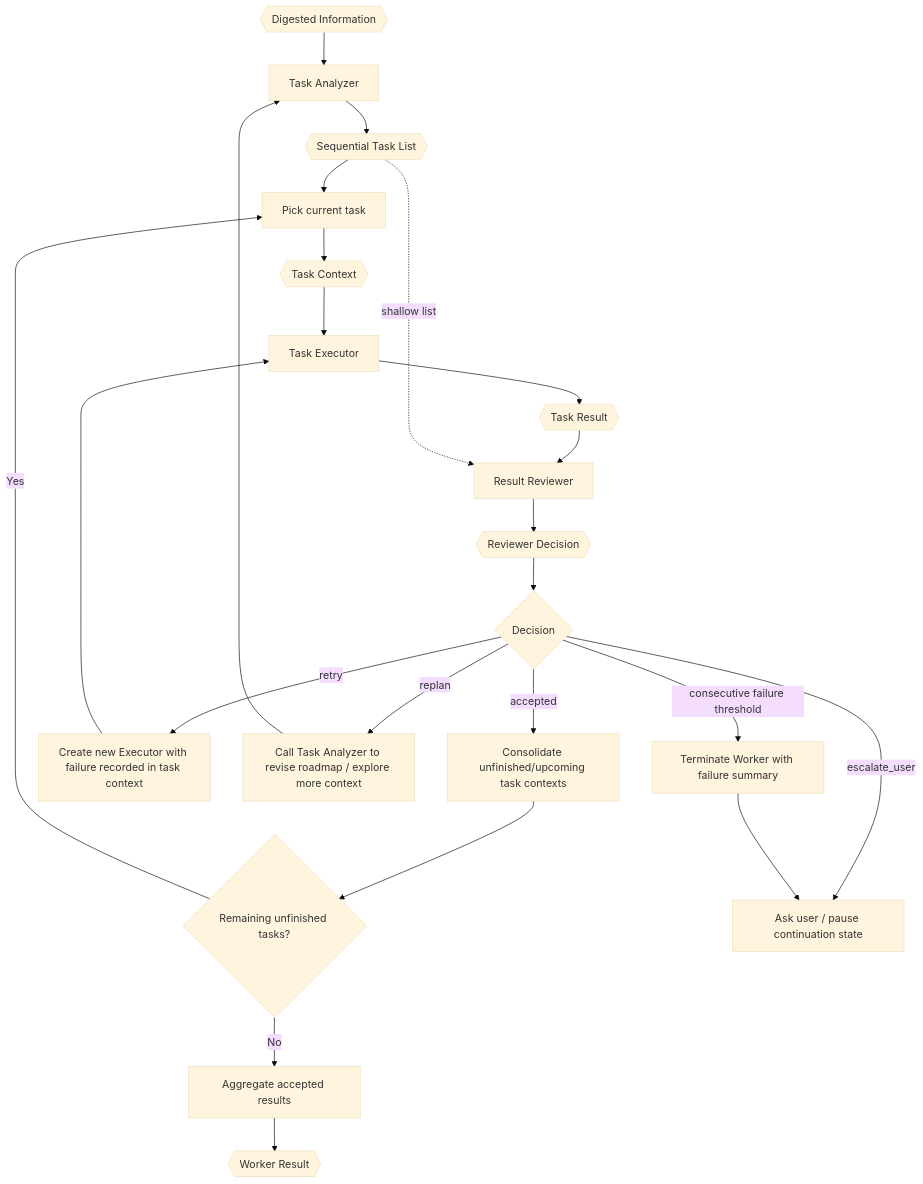
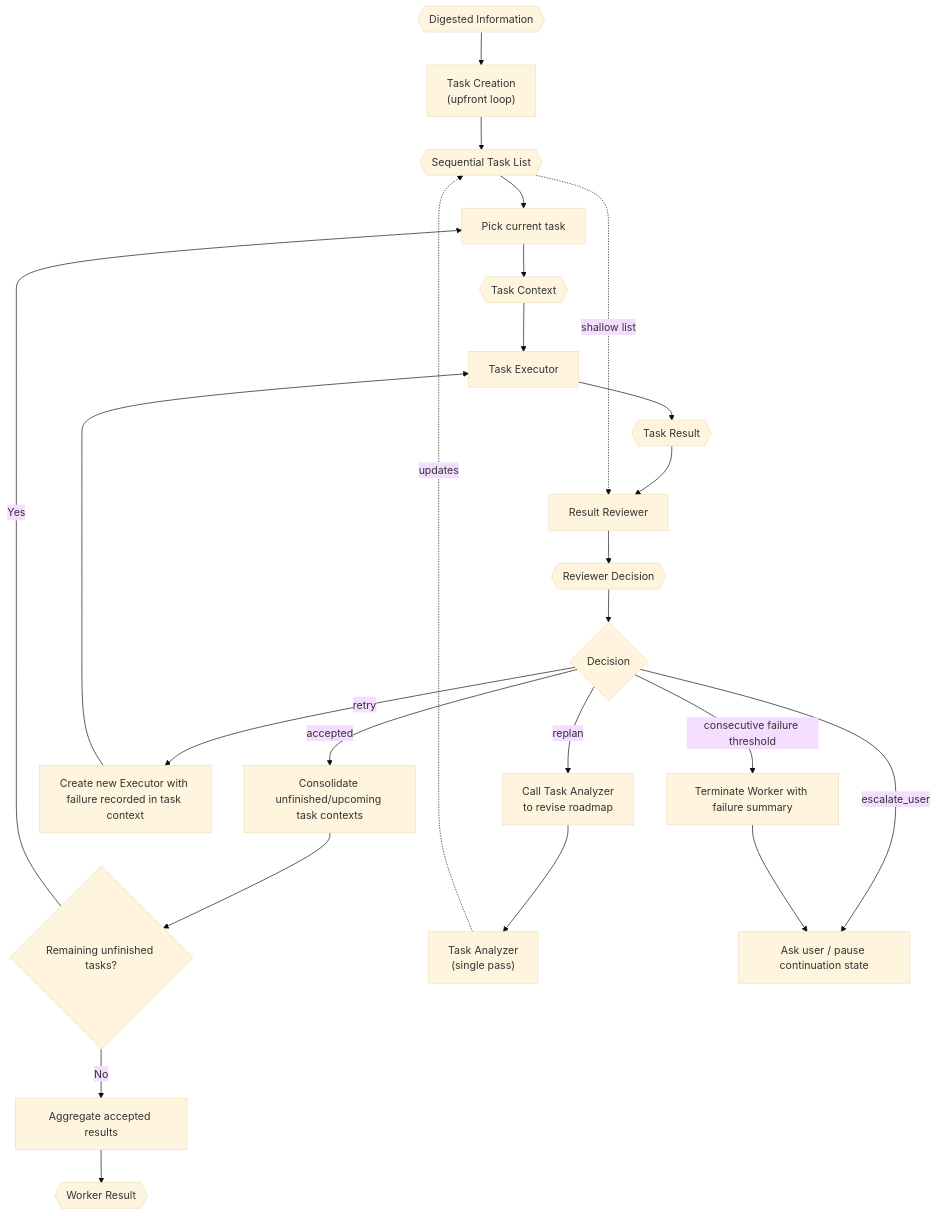
The diagram in src/tinycua/docs/architecture/worker-orchestration.md (VJyzCELERY/TINYCUA), drawn with Mermaid (base theme) before and after one commit. The commit also changed other lines of this file, not shown here.

Commit message:
fix(docs): use Task Creation (not Task Analyzer) as upfront step in Worker orchestration mermaid
Task Analyzer is now only reachable from the replan path:
  Result Reviewer --replan--> Task Analyzer --updates--> Task List

Updated Worker Effort text to credit Task Creation (not Task Analyzer)
for upfront orchestration and mention the Task Assessor's role in the loop.

````diff
--- a/src/tinycua/docs/architecture/worker-orchestration.md
+++ b/src/tinycua/docs/architecture/worker-orchestration.md
@@ -53,44 +53,46 @@
 ```mermaid
 flowchart TD
     DI{{"Digested Information"}}
-    TA["Task Analyzer"]
+    TCR["Task Creation\n(upfront loop)"]
     TL{{"Sequential Task List"}}
     PICK["Pick current task"]
     TC{{"Task Context"}}
     TE["Task Executor"]
     TRS{{"Task Result"}}
     RV["Result Reviewer"]
     DEC{{"Reviewer Decision"}}
     NEXT{"Decision"}
     UPDATE["Consolidate unfinished/upcoming task contexts"]
     REMAIN{"Remaining unfinished tasks?"}
     RETRY["Create new Executor with failure recorded in task context"]
-    REPLAN["Call Task Analyzer to revise roadmap / explore more context"]
+    REPLAN["Call Task Analyzer\nto revise roadmap"]
+    TA["Task Analyzer\n(single pass)"]
     ASK["Ask user / pause continuation state"]
     FAIL_TERM["Terminate Worker with failure summary"]
     AGG["Aggregate accepted results"]
     WR{{"Worker Result"}}
 
-    DI --> TA
-    TA --> TL
+    DI --> TCR
+    TCR --> TL
     TL --> PICK
     PICK --> TC
     TC --> TE
     TE --> TRS
     TRS --> RV
     TL -. "shallow list" .-> RV
     RV --> DEC
     DEC --> NEXT
     NEXT -->|accepted| UPDATE
     UPDATE --> REMAIN
     REMAIN -->|Yes| PICK
     REMAIN -->|No| AGG
     NEXT -->|retry| RETRY
     RETRY --> TE
     NEXT -->|replan| REPLAN
     REPLAN --> TA
+    TA -. "updates" .-> TL
     NEXT -->|escalate_user| ASK
     NEXT -->|consecutive failure threshold| FAIL_TERM
     FAIL_TERM --> ASK
     AGG --> WR
 ```
````
